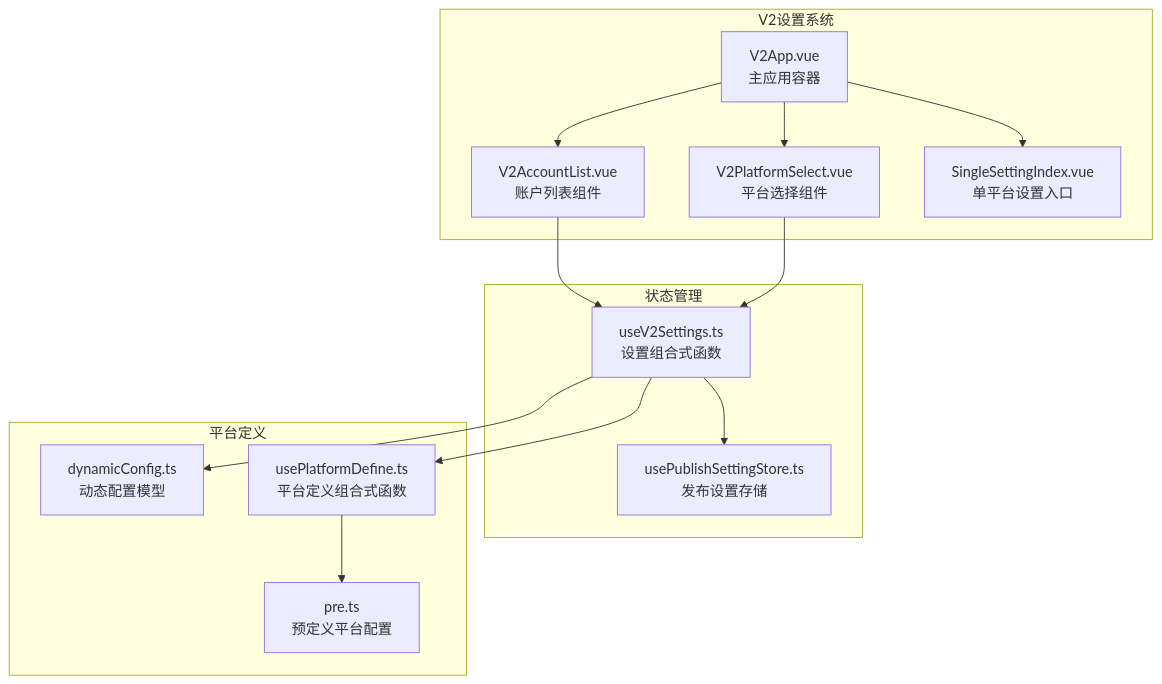
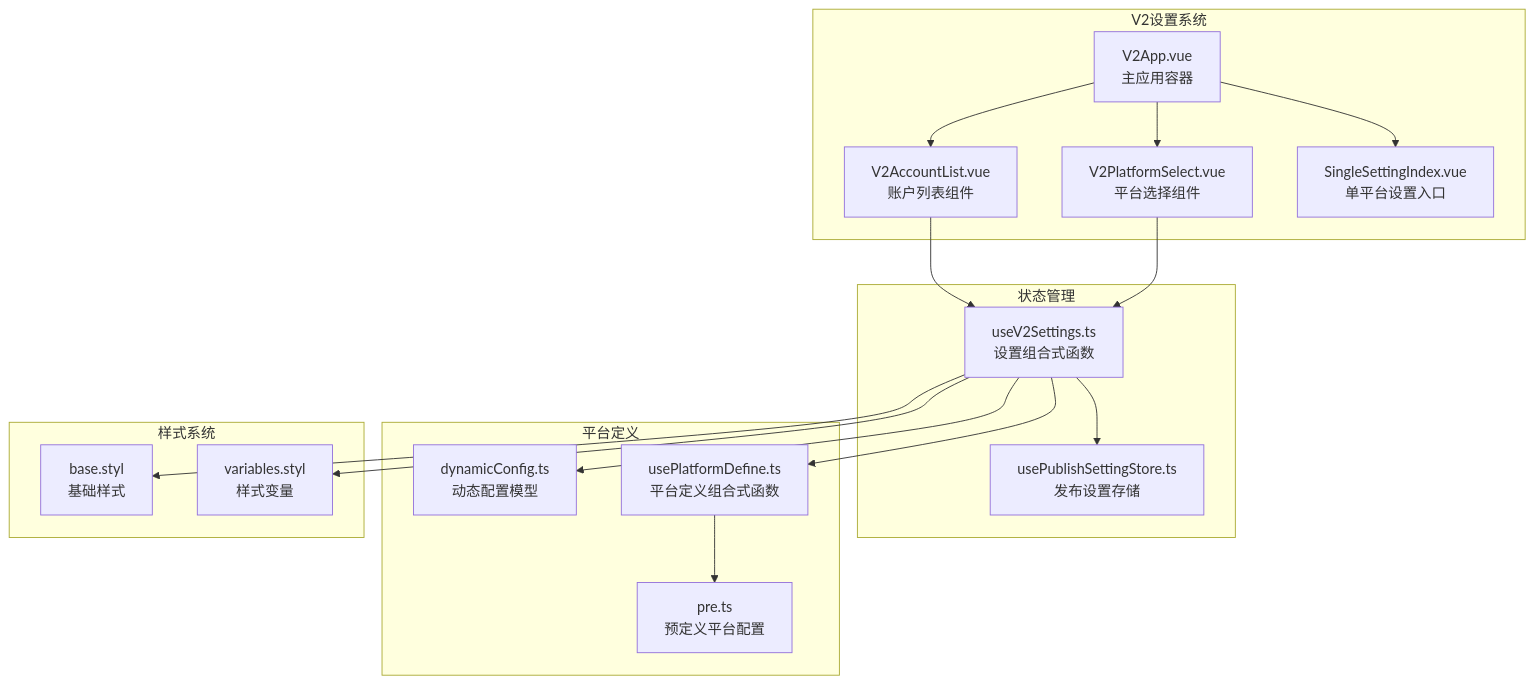
The first of 8 diagrams in .qoder/repowiki/zh/content/V2 Account List Component.md (terwer/siyuan-plugin-publisher), drawn with Mermaid before and after one commit. The commit also changed other lines of this file and 16 other files, not shown here.

First line of the commit message:
feat!: migrate V2 UI architecture from iframe SPA to native DOM mounting

````diff
--- a/.qoder/repowiki/zh/content/V2 Account List Component.md
+++ b/.qoder/repowiki/zh/content/V2 Account List Component.md
@@ -38,27 +54,33 @@
 ```mermaid
 graph TB
 subgraph "V2设置系统"
 V2App[V2App.vue<br/>主应用容器]
 V2AccountList[V2AccountList.vue<br/>账户列表组件]
 V2PlatformSelect[V2PlatformSelect.vue<br/>平台选择组件]
 SingleSettingIndex[SingleSettingIndex.vue<br/>单平台设置入口]
 end
 subgraph "状态管理"
 useV2Settings[useV2Settings.ts<br/>设置组合式函数]
 usePublishSettingStore[usePublishSettingStore.ts<br/>发布设置存储]
 end
 subgraph "平台定义"
 dynamicConfig[dynamicConfig.ts<br/>动态配置模型]
 usePlatformDefine[usePlatformDefine.ts<br/>平台定义组合式函数]
 pre[pre.ts<br/>预定义平台配置]
 end
+subgraph "样式系统"
+baseStyl[base.styl<br/>基础样式]
+variablesStyl[variables.styl<br/>样式变量]
+end
 V2App --> V2AccountList
 V2App --> V2PlatformSelect
 V2App --> SingleSettingIndex
 V2AccountList --> useV2Settings
 V2PlatformSelect --> useV2Settings
 useV2Settings --> usePublishSettingStore
 useV2Settings --> dynamicConfig
 useV2Settings --> usePlatformDefine
+useV2Settings --> baseStyl
+useV2Settings --> variablesStyl
 usePlatformDefine --> pre
 ```
````
